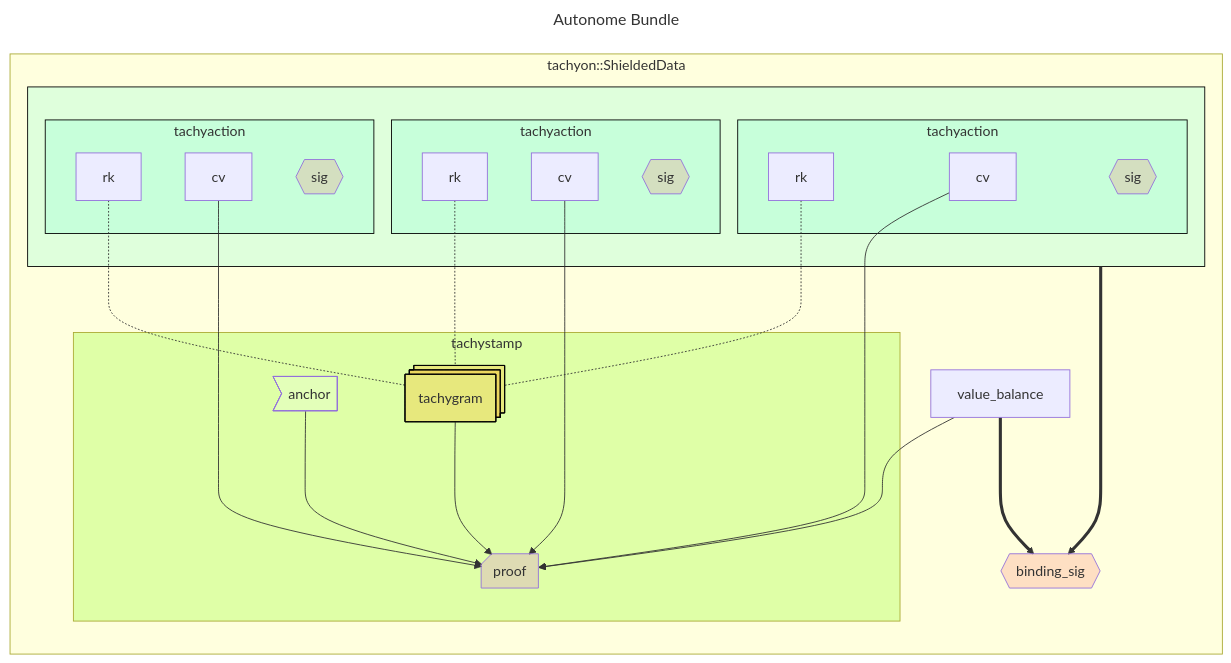
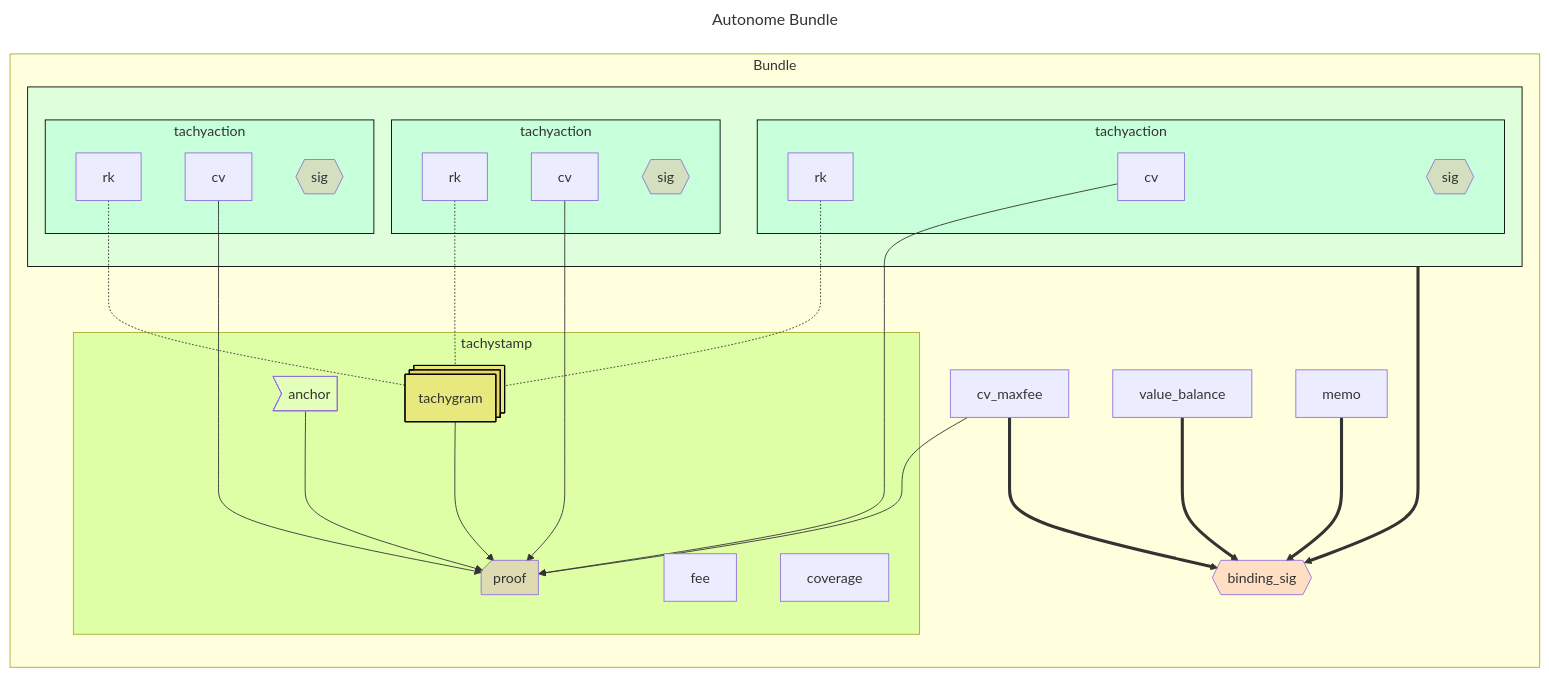
One commit to tachyon-zcash/tachyon changed the diagram in book/src/bundle.md. Above: the diagram before and after it, drawn with Mermaid. The commit also changed other lines of this file and 5 other files, not shown here.

````diff
--- a/book/src/bundle.md
+++ b/book/src/bundle.md
@@ -74,63 +82,69 @@
 ```mermaid
 ---
 title: Autonome Bundle
 ---
 flowchart LR
 classDef signature fill:#fa807240
 classDef optional fill:#d3d3d340,stroke-dasharray: 5 5
 
 style tachyaction1 fill:#7fffd440,stroke:black
 style tachyaction2 fill:#7fffd440,stroke:black
 style tachyaction3 fill:#7fffd440,stroke:black
 style tachyaction_vec fill:#7fffd440,stroke:black
 
 style tachygram_vec fill:#ffa50040,stroke:black
 style proof fill:#da70d640
 style anchor fill:#f0fff040
 
 style tachystamp fill:#7fff0040
 
-subgraph shielded_data["tachyon::ShieldedData"]
+subgraph shielded_data["Bundle"]
 
     subgraph tachyaction_vec[" "]
 
         subgraph tachyaction1["tachyaction"]
             cv1["cv"]
             rk1["rk"]
             sig1:::signature@{shape: hex, label: "sig"}
         end
 
        subgraph tachyaction2["tachyaction"]
             cv2["cv"]
             rk2["rk"]
             sig2:::signature@{shape: hex, label: "sig"}
         end
 
        subgraph tachyaction3["tachyaction"]
             cv3["cv"]
             rk3["rk"]
             sig3:::signature@{shape: hex, label: "sig"}
         end
     end
 
     subgraph tachystamp
+        fee
+        coverage
         anchor@{shape: odd}
         proof@{shape: notch-rect}
         tachygram_vec@{shape: procs, label: "tachygram"}
 
         anchor ---> proof
         tachygram_vec ---> proof
     end
 
     rk1 & rk2 & rk3 -.- tachygram_vec
     cv1 & cv2 & cv3 ---> proof
 
     sig_binding:::signature@{shape: hex, label: "binding_sig"}
     v_balance["value_balance"]
+    cv_maxfee["cv_maxfee"]
+    memo
 
-    v_balance ---> proof
+    cv_maxfee ---> proof
 
     v_balance ===> sig_binding
+    cv_maxfee ===> sig_binding
+    memo ===> sig_binding
     tachyaction_vec ===> sig_binding
 end
 ```
````
